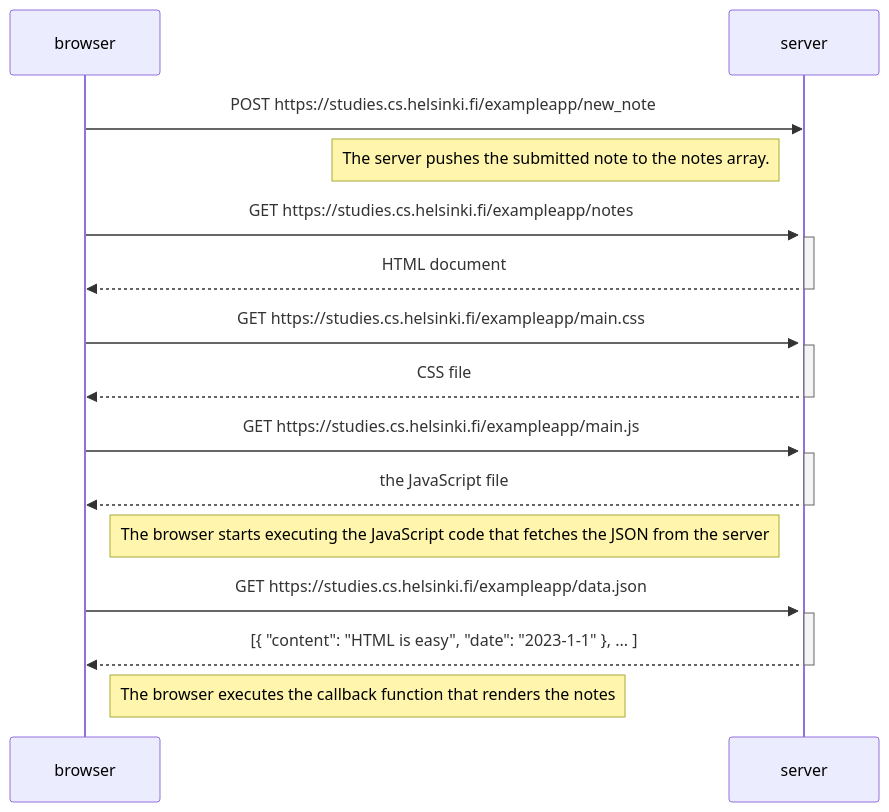
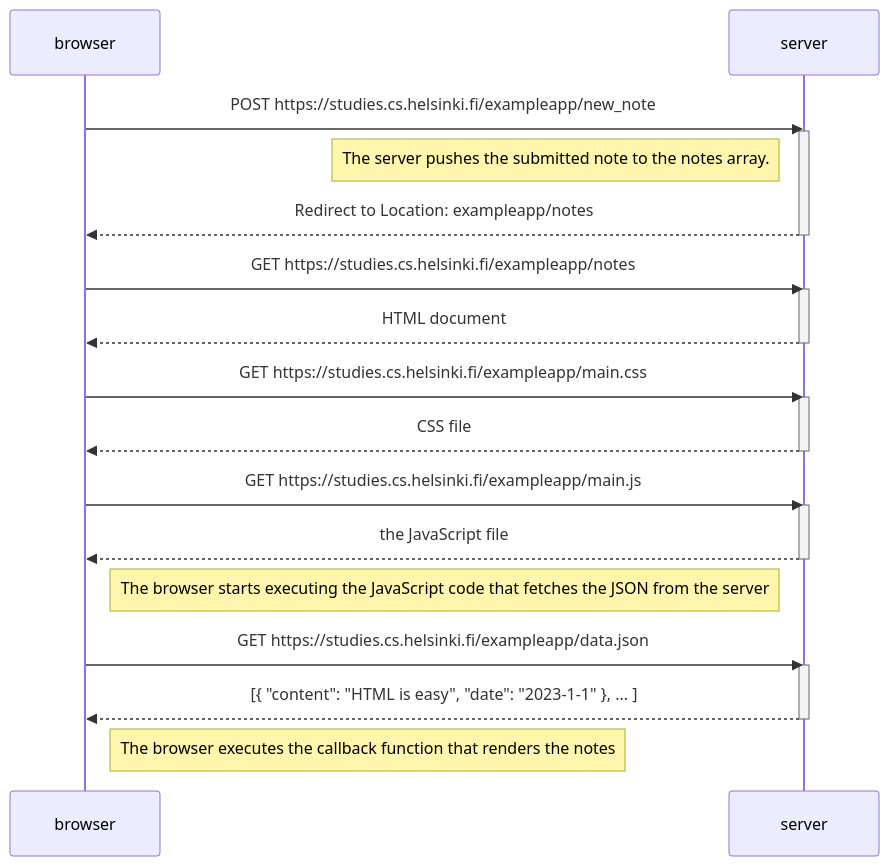
One commit to r-solanki/fullstack changed the diagram in part0/note_diagram.md. Above: the diagram before and after it, drawn with Mermaid.

Commit message:
added missing redirect

````diff
--- a/part0/note_diagram.md
+++ b/part0/note_diagram.md
@@ -1,27 +1,29 @@
 ```mermaid
     sequenceDiagram
         participant browser
         participant server
         browser->>server: POST https://studies.cs.helsinki.fi/exampleapp/new_note
         activate server
         Note left of server: The server pushes the submitted note to the notes array.
+        server-->>browser: Redirect to Location: exampleapp/notes
+        deactivate server
         %% everything after this is re-doing what the app did on initial load
         browser->>server: GET https://studies.cs.helsinki.fi/exampleapp/notes
         activate server
         server-->>browser: HTML document
         deactivate server
         browser->>server: GET https://studies.cs.helsinki.fi/exampleapp/main.css
         activate server
         server-->>browser: CSS file
         deactivate server
         browser->>server: GET https://studies.cs.helsinki.fi/exampleapp/main.js
         activate server
         server-->>browser: the JavaScript file
         deactivate server
         Note right of browser: The browser starts executing the JavaScript code that fetches the JSON from the server
         browser->>server: GET https://studies.cs.helsinki.fi/exampleapp/data.json
         activate server
         server-->>browser: [{ "content": "HTML is easy", "date": "2023-1-1" }, ... ]
         deactivate server
         Note right of browser: The browser executes the callback function that renders the notes
 ```
````
